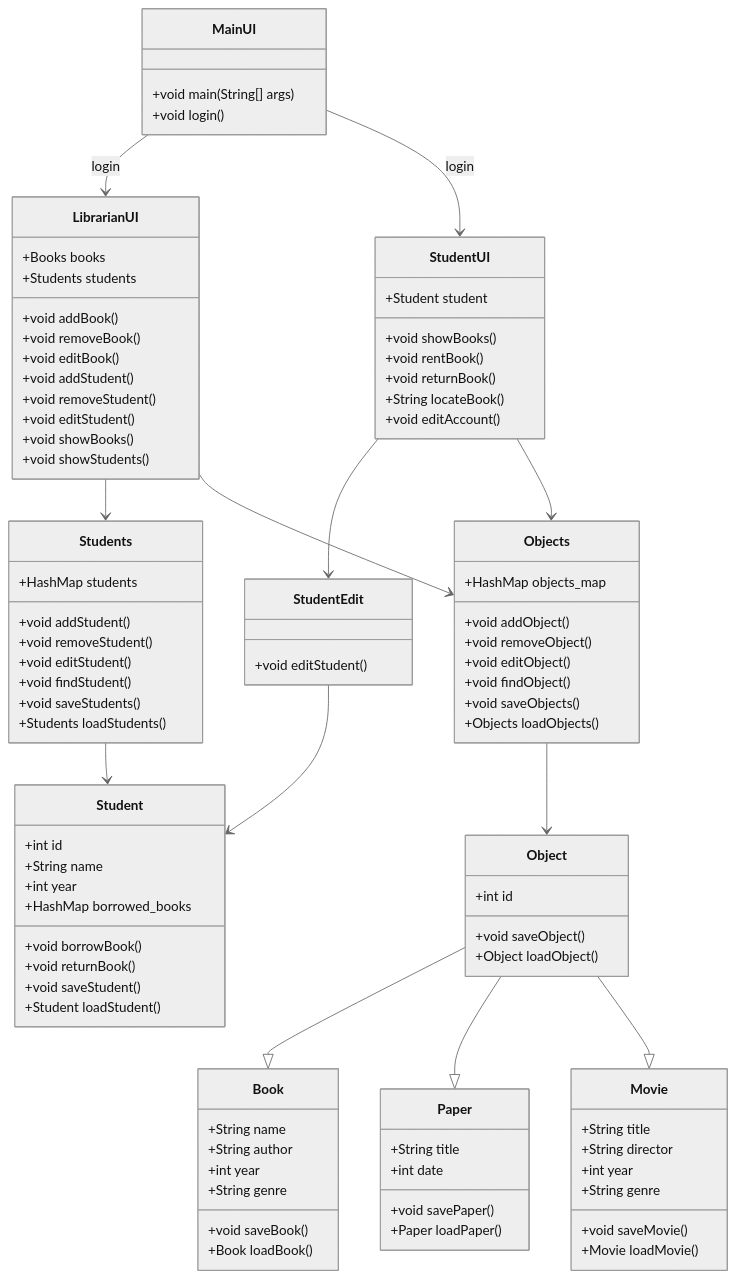
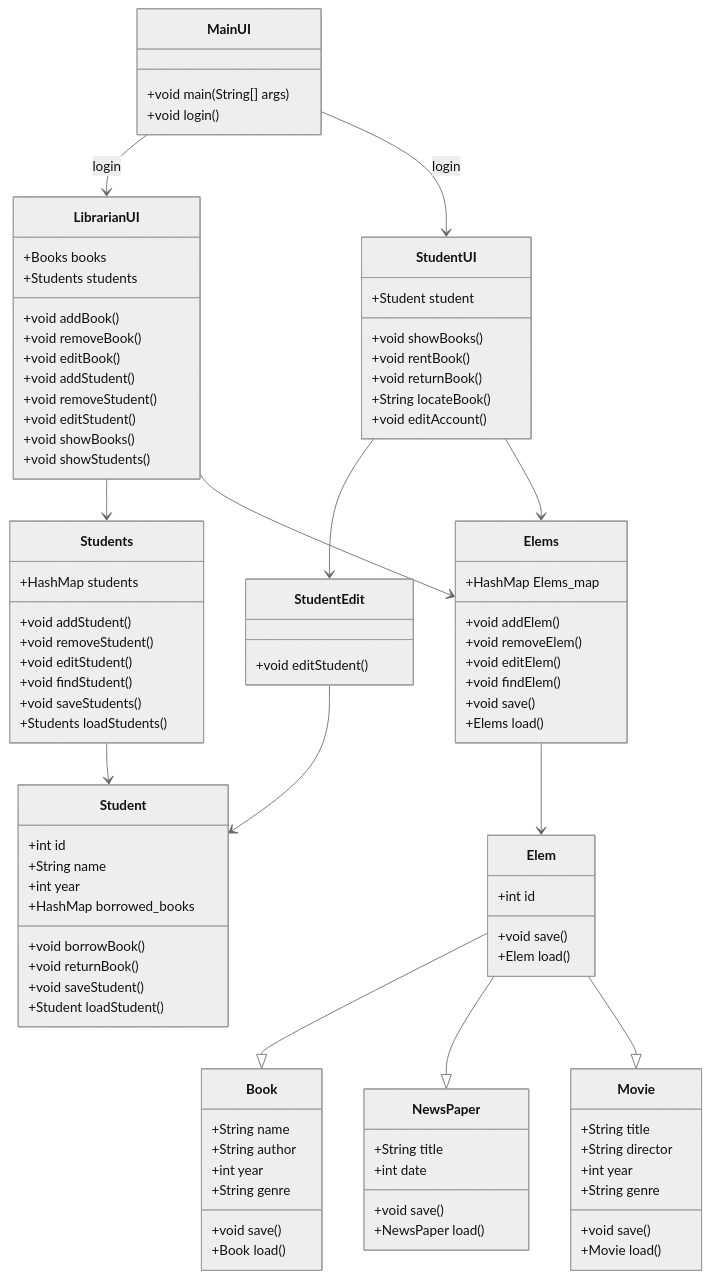
One commit to PatrykFlama/LibrarySystem changed the diagram in README.md. Above: the diagram before and after it, drawn with Mermaid (neutral theme). The commit also changed other lines of this file and 6 other files, not shown here.

````diff
--- a/README.md
+++ b/README.md
@@ -15,12 +15,12 @@
     StudentUI --> StudentEdit
     Students --> Student
     StudentEdit --> Student
-    StudentUI --> Objects
-    LibrarianUI --> Objects
-    Objects --> Object
-    Object --|> Book
-    Object --|> Paper
-    Object --|> Movie
+    StudentUI --> Elems
+    LibrarianUI --> Elems
+    Elems --> Elem
+    Elem --|> Book
+    Elem --|> NewsPaper
+    Elem --|> Movie
 
     class MainUI{
         +void main(String[] args)
@@ -74,22 +74,22 @@
     class StudentEdit{
         +void editStudent()
     }
-    class Objects{
-        +HashMap objects_map
+    class Elems{
+        +HashMap Elems_map
 
-        +void addObject()
-        +void removeObject()
-        +void editObject()
-        +void findObject()
+        +void addElem()
+        +void removeElem()
+        +void editElem()
+        +void findElem()
 
-        +void saveObjects()
-        +Objects loadObjects()
+        +void save()
+        +Elems load()
     }
-    class Object{
+    class Elem{
         +int id
 
-        +void saveObject()
-        +Object loadObject()
+        +void save()
+        +Elem load()
     }
     class Book{
         +String name
@@ -97,15 +97,15 @@
         +int year
         +String genre
 
-        +void saveBook()
-        +Book loadBook()
+        +void save()
+        +Book load()
     }
-    class Paper{
+    class NewsPaper{
         +String title
         +int date
 
-        +void savePaper()
-        +Paper loadPaper()
+        +void save()
+        +NewsPaper load()
     }
     class Movie{
         +String title
@@ -113,7 +113,7 @@
         +int year
         +String genre
 
-        +void saveMovie()
-        +Movie loadMovie()
+        +void save()
+        +Movie load()
     }
 ```
````
